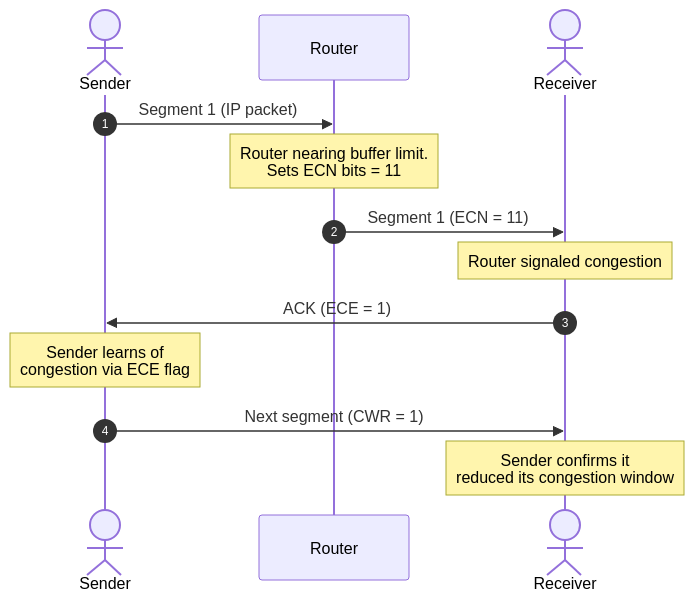
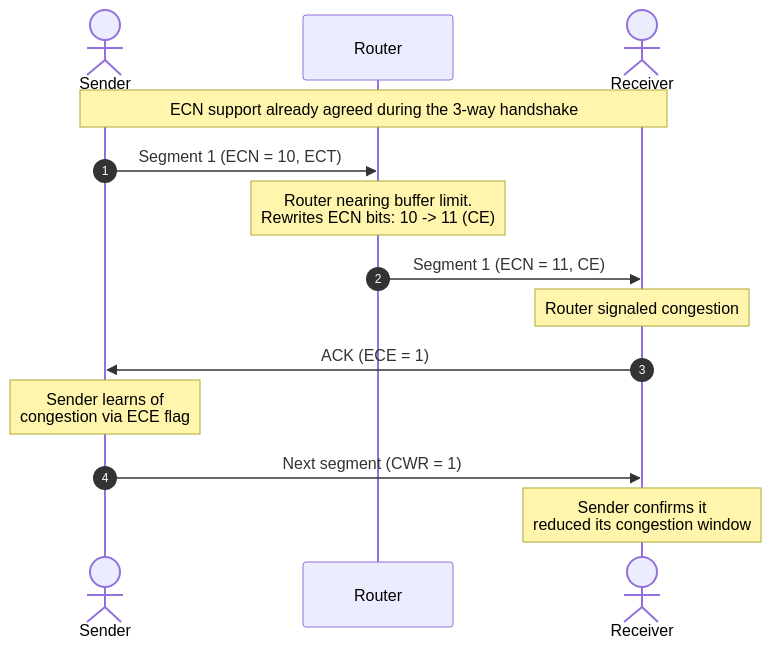
Before and after one commit to ayuslharora/blog-ayuslh: the fifth of 5 diagrams in content/posts/networking/ch22-tcp-congestion-control.mdx, drawn with Mermaid. The commit also changed other lines of this file, not shown here.

First line of the commit message:
Improve the ECN explanation in Ch.22

````diff
--- a/content/posts/networking/ch22-tcp-congestion-control.mdx
+++ b/content/posts/networking/ch22-tcp-congestion-control.mdx
@@ -187,16 +198,17 @@
 ```mermaid
 sequenceDiagram
     autonumber
     actor Sender
     participant Router
     actor Receiver
 
-    Sender->>Router: Segment 1 (IP packet)
-    Note over Router: Router nearing buffer limit.<br/>Sets ECN bits = 11
-    Router->>Receiver: Segment 1 (ECN = 11)
+    Note over Sender,Receiver: ECN support already agreed during the 3-way handshake
+    Sender->>Router: Segment 1 (ECN = 10, ECT)
+    Note over Router: Router nearing buffer limit.<br/>Rewrites ECN bits: 10 -> 11 (CE)
+    Router->>Receiver: Segment 1 (ECN = 11, CE)
     Note over Receiver: Router signaled congestion
     Receiver->>Sender: ACK (ECE = 1)
     Note over Sender: Sender learns of<br/>congestion via ECE flag
     Sender->>Receiver: Next segment (CWR = 1)
     Note over Receiver: Sender confirms it<br/>reduced its congestion window
 ```
````
